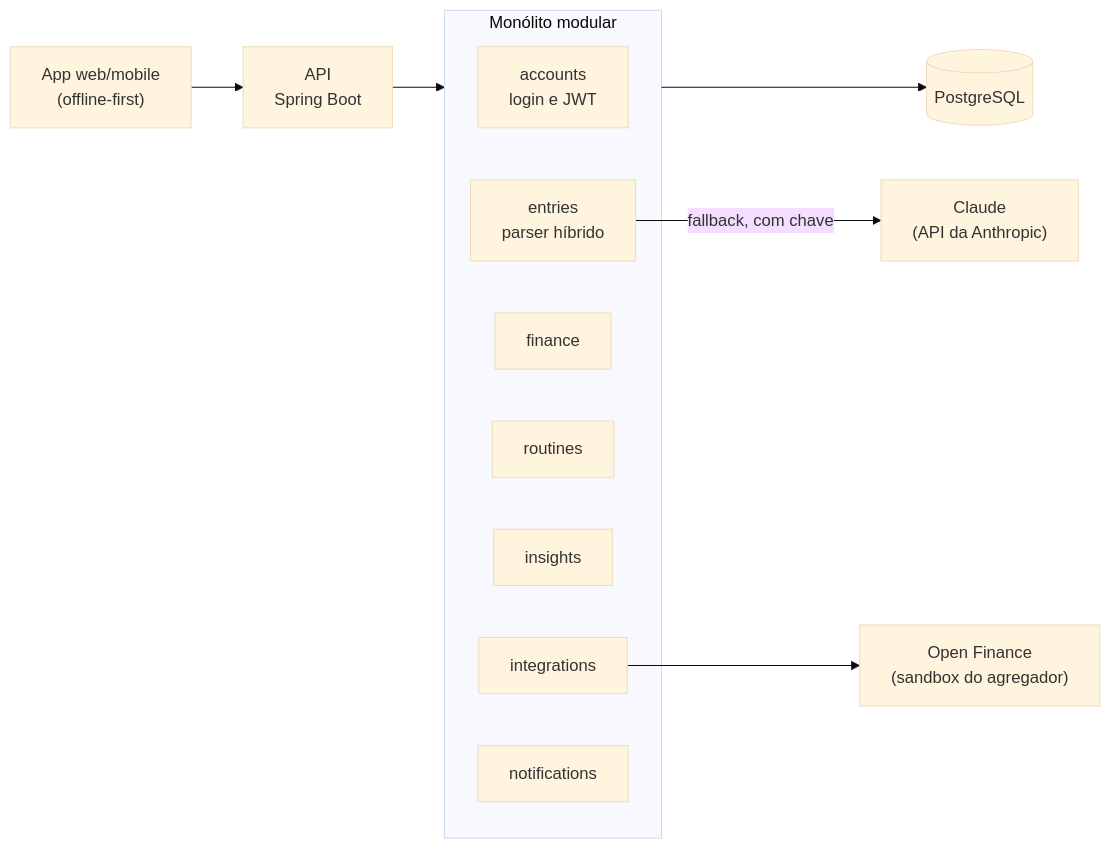
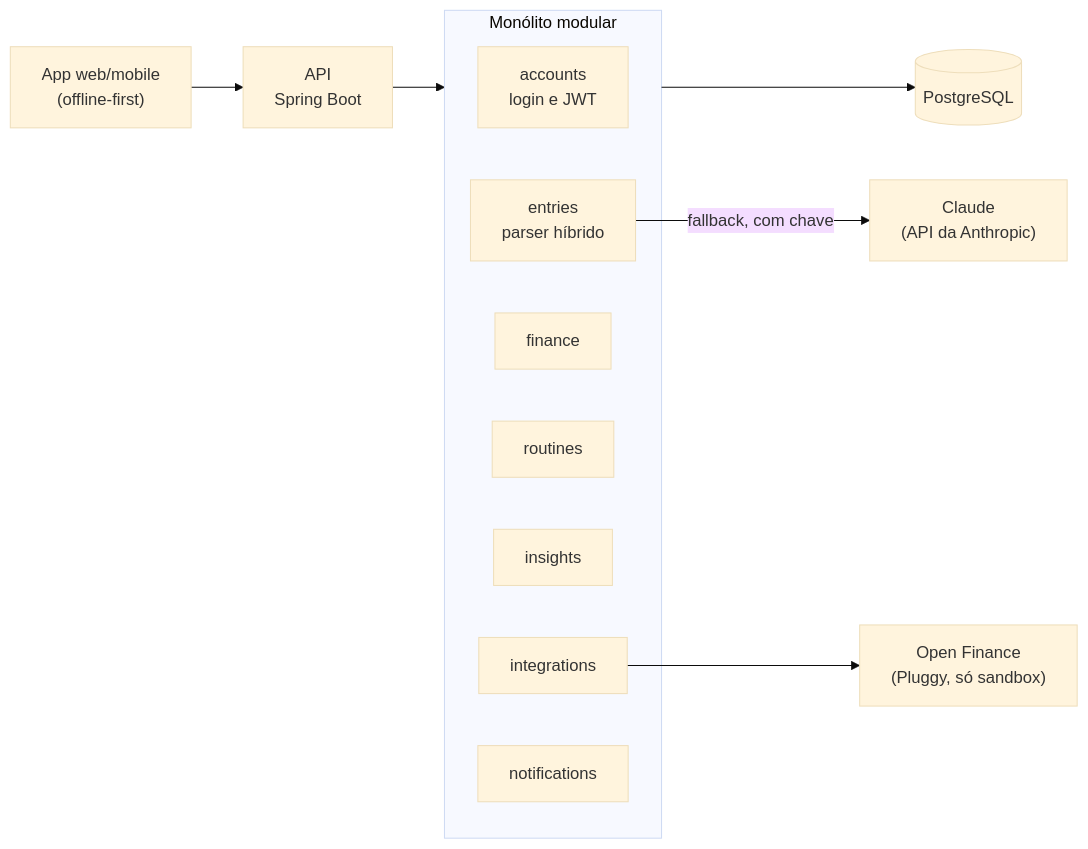
One commit to GabrieliModollo/mydly changed the diagram in README.md. Above: the diagram before and after it, drawn with Mermaid (base theme). The commit also changed other lines of this file and 5 other files, not shown here.

Commit message:
docs: ADR 0015, Open Finance na arquitetura, no design e nos READMEs; etapa 12 concluída

````diff
--- a/README.md
+++ b/README.md
@@ -31,17 +31,17 @@
 ```mermaid
 flowchart LR
     App["App web/mobile<br/>(offline-first)"] --> API["API<br/>Spring Boot"]
     subgraph API_MOD["Monólito modular"]
         accounts["accounts<br/>login e JWT"]
         entries["entries<br/>parser híbrido"]
         finance["finance"]
         routines["routines"]
         insights["insights"]
         integrations["integrations"]
         notifications["notifications"]
     end
     API --> API_MOD
     entries -->|"fallback, com chave"| LLM["Claude<br/>(API da Anthropic)"]
-    integrations --> OF["Open Finance<br/>(sandbox do agregador)"]
+    integrations --> OF["Open Finance<br/>(Pluggy, só sandbox)"]
     API_MOD --> DB[("PostgreSQL")]
 ```
````
